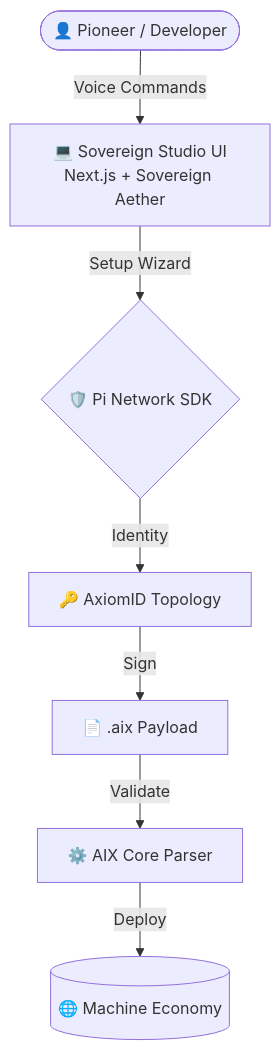
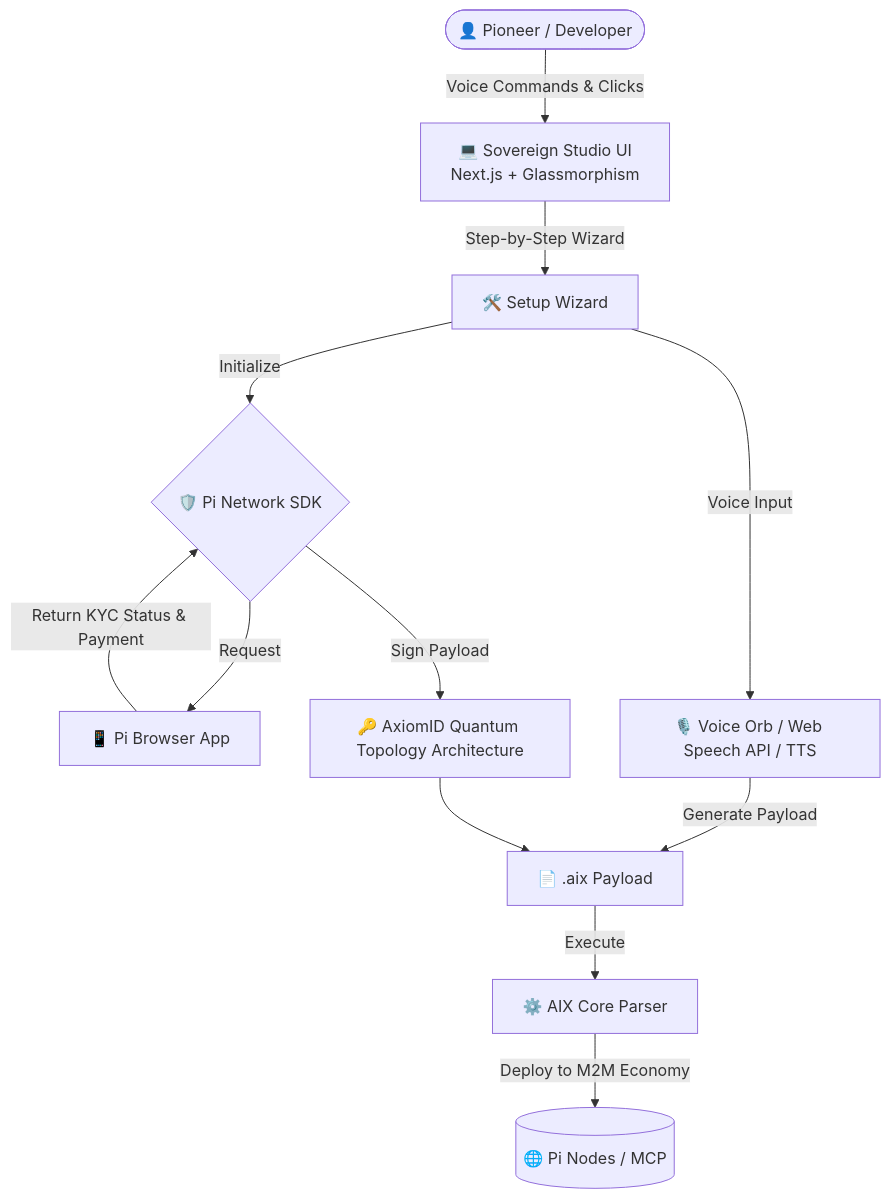
The diagram in README.md (Moeabdelaziz007/aix-format), drawn with Mermaid before and after one commit. The commit also changed other lines of this file and 110 other files, not shown here.

Commit message:
🧪 [testing improvement] Add tests for aix-validate CLI and fix error handler test

````diff
--- a/README.md
+++ b/README.md
@@ -43,9 +40,18 @@
 ```mermaid
 graph TD
-    User([👤 Pioneer / Developer]) -->|Voice Commands| Studio[💻 Sovereign Studio UI<br/>Next.js + Sovereign Aether]
-    Studio -->|Setup Wizard| PiSDK{🛡️ Pi Network SDK}
-    PiSDK -->|Identity| AxiomID[🔑 AxiomID Topology]
-    AxiomID -->|Sign| AIXPayload[📄 .aix Payload]
-    AIXPayload -->|Validate| Core[⚙️ AIX Core Parser]
-    Core -->|Deploy| M2M[(🌐 Machine Economy)]
+    User([👤 Pioneer / Developer]) -->|Voice Commands & Clicks| Studio[💻 Sovereign Studio UI<br/>Next.js + Glassmorphism]
+
+    Studio -->|Step-by-Step Wizard| Wizard[🛠️ Setup Wizard]
+    Wizard -->|Initialize| PiSDK{🛡️ Pi Network SDK}
+    PiSDK -->|Request| PiApp[📱 Pi Browser App]
+    PiApp -->|Return KYC Status & Payment| PiSDK
+
+    Wizard -->|Voice Input| WebSpeech[🎙️ Voice Orb / Web Speech API / TTS]
+    WebSpeech -->|Generate Payload| AIXPayload[📄 .aix Payload]
+
+    PiSDK -->|Sign Payload| AxiomID[🔑 AxiomID Quantum Topology Architecture]
+    AxiomID --> AIXPayload
+
+    AIXPayload -->|Execute| Core[⚙️ AIX Core Parser]
+    Core -->|Deploy to M2M Economy| PiNodes[(🌐 Pi Nodes / MCP)]
 ```
````
